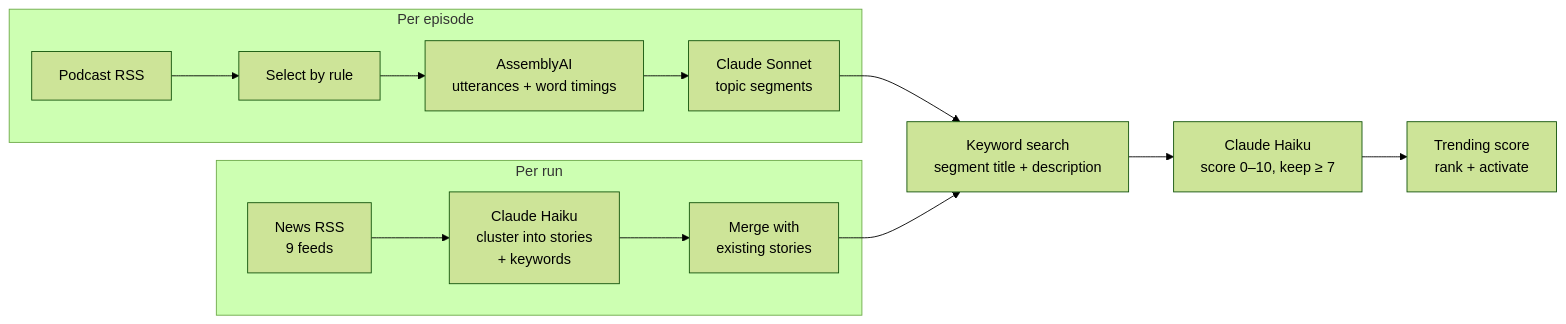
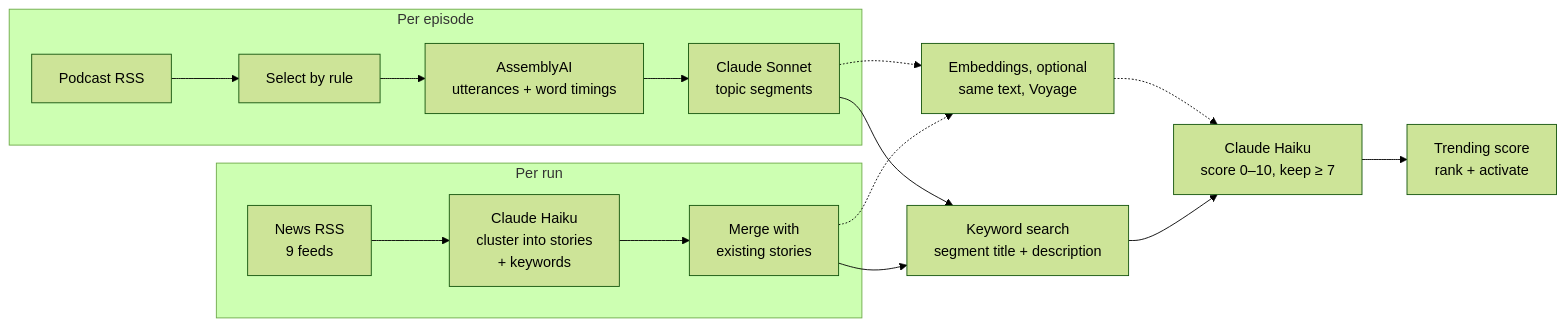
Before and after one commit to david-wills/convos-pipeline: the diagram in README.md, drawn with Mermaid (forest theme). The commit also changed other lines of this file and 13 other files, not shown here.

````diff
--- a/README.md
+++ b/README.md
@@ -15,16 +15,19 @@
 ```mermaid
 flowchart LR
   subgraph episodes [Per episode]
     A[Podcast RSS] --> B[Select by rule]
     B --> C[AssemblyAI<br/>utterances + word timings]
     C --> D[Claude Sonnet<br/>topic segments]
   end
   subgraph stories [Per run]
     E[News RSS<br/>9 feeds] --> F[Claude Haiku<br/>cluster into stories<br/>+ keywords]
     F --> G[Merge with<br/>existing stories]
   end
   D --> H[Keyword search<br/>segment title + description]
   G --> H
+  D -.-> H2[Embeddings, optional<br/>same text, Voyage]
+  G -.-> H2
+  H2 -.-> I
   H --> I[Claude Haiku<br/>score 0–10, keep ≥ 7]
   I --> J[Trending score<br/>rank + activate]
 ```
````
